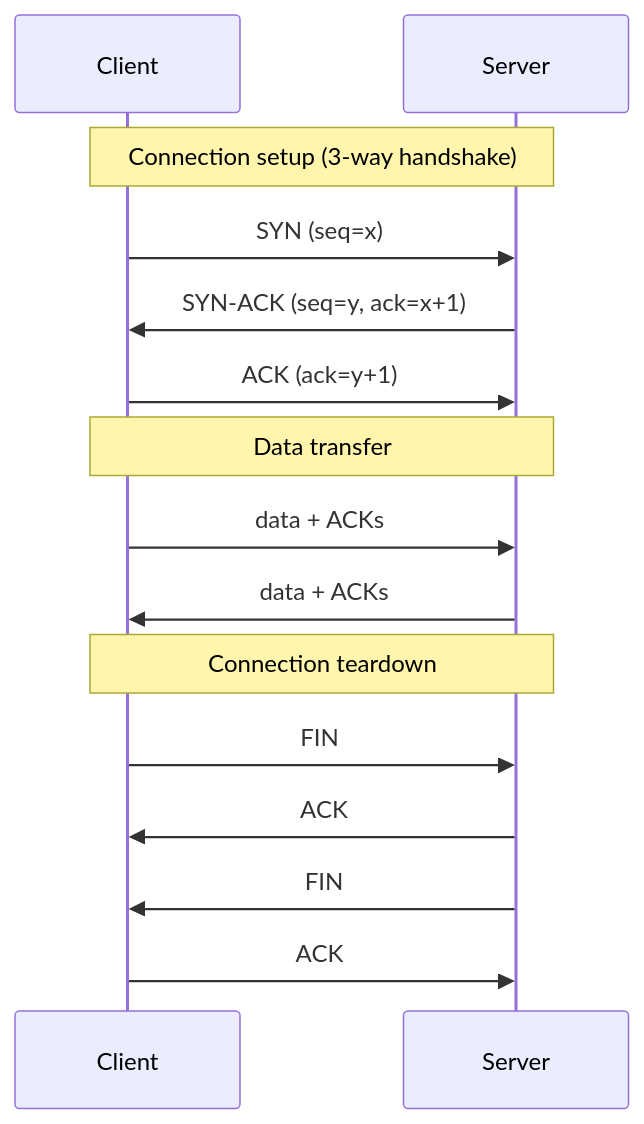
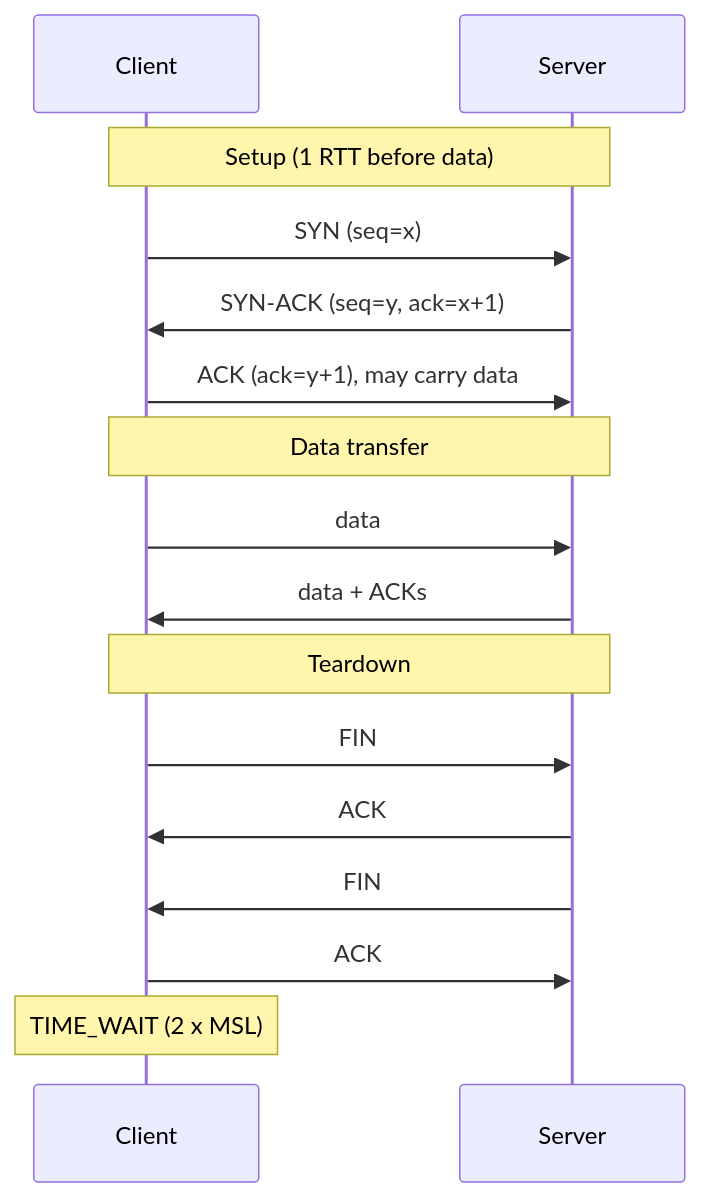
One commit to AndrewAltimit/Documentation changed the first of 6 diagrams in github-pages/docs/technology/networking/transport-and-protocols.md. Above: the diagram before and after it, drawn with Mermaid. The commit also changed other lines of this file and 240 other files, not shown here.

````diff
--- a/github-pages/docs/technology/networking/transport-and-protocols.md
+++ b/github-pages/docs/technology/networking/transport-and-protocols.md
@@ -191,17 +55,18 @@
 ```mermaid
 sequenceDiagram
     participant C as Client
     participant S as Server
-    Note over C,S: Connection setup (3-way handshake)
+    Note over C,S: Setup (1 RTT before data)
     C->>S: SYN (seq=x)
     S->>C: SYN-ACK (seq=y, ack=x+1)
-    C->>S: ACK (ack=y+1)
+    C->>S: ACK (ack=y+1), may carry data
     Note over C,S: Data transfer
-    C->>S: data + ACKs
+    C->>S: data
     S->>C: data + ACKs
-    Note over C,S: Connection teardown
+    Note over C,S: Teardown
     C->>S: FIN
     S->>C: ACK
     S->>C: FIN
     C->>S: ACK
+    Note over C: TIME_WAIT (2 x MSL)
 ```
````
